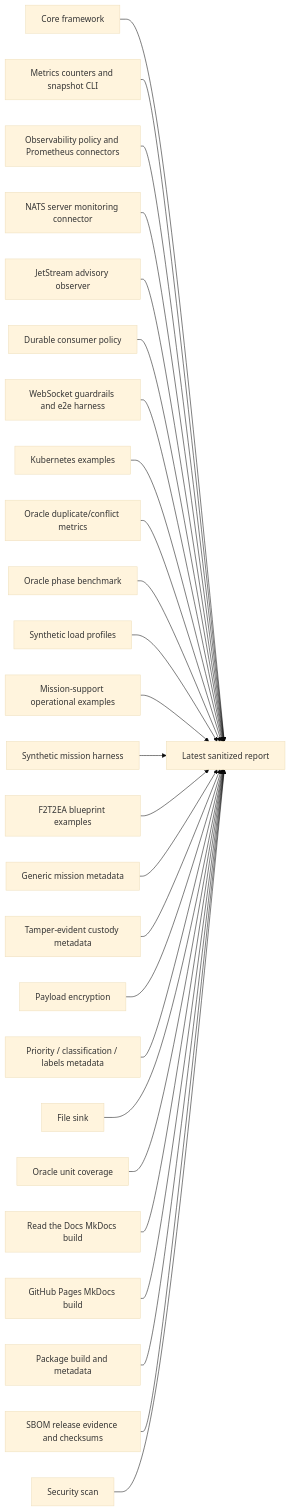
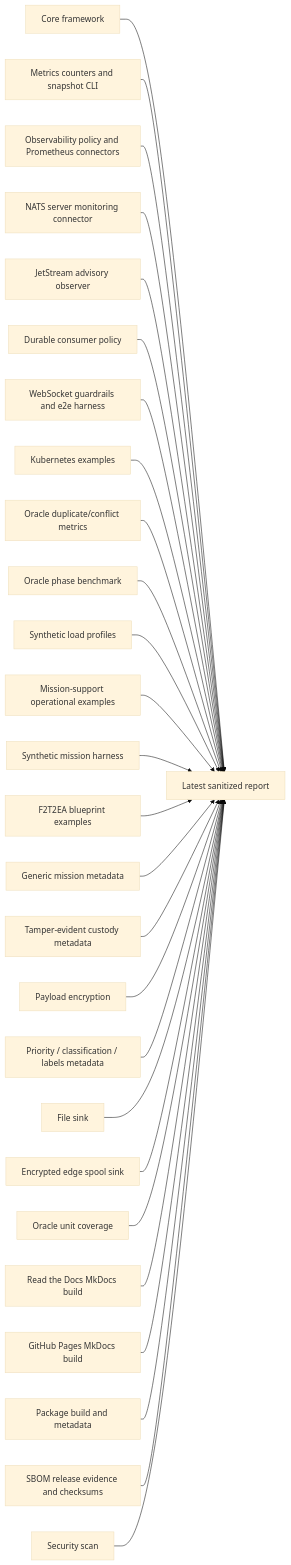
Before and after one commit to ProjectCuillin/nats-sinks: the first of 5 diagrams in docs/test-report.md, drawn with Mermaid (base theme). The commit also changed other lines of this file and 27 other files, not shown here.

Commit message:
feat: add encrypted edge spool sink

````diff
--- a/docs/test-report.md
+++ b/docs/test-report.md
@@ -100,28 +101,29 @@
 ```mermaid
 flowchart LR
     Core[Core framework] --> Report[Latest sanitized report]
     Metrics[Metrics counters and snapshot CLI] --> Report
     Observe[Observability policy and Prometheus connectors] --> Report
     NATSMon[NATS server monitoring connector] --> Report
     Advisories[JetStream advisory observer] --> Report
     Consumers[Durable consumer policy] --> Report
     WebSocket[WebSocket guardrails and e2e harness] --> Report
     K8s[Kubernetes examples] --> Report
     OracleMetrics[Oracle duplicate/conflict metrics] --> Report
     OracleBenchmark[Oracle phase benchmark] --> Report
     LoadProfiles[Synthetic load profiles] --> Report
     MissionOps[Mission-support operational examples] --> Report
     Synthetic[Synthetic mission harness] --> Report
     F2T2EA[F2T2EA blueprint examples] --> Report
     MissionMeta[Generic mission metadata] --> Report
     Custody[Tamper-evident custody metadata] --> Report
     Crypto[Payload encryption] --> Report
     MessageMeta[Priority / classification / labels metadata] --> Report
     File[File sink] --> Report
+    Spool[Encrypted edge spool sink] --> Report
     OracleUnit[Oracle unit coverage] --> Report
     DocsRTD[Read the Docs MkDocs build] --> Report
     DocsPages[GitHub Pages MkDocs build] --> Report
     Package[Package build and metadata] --> Report
     SBOM[SBOM release evidence and checksums] --> Report
     Security[Security scan] --> Report
 ```
````
